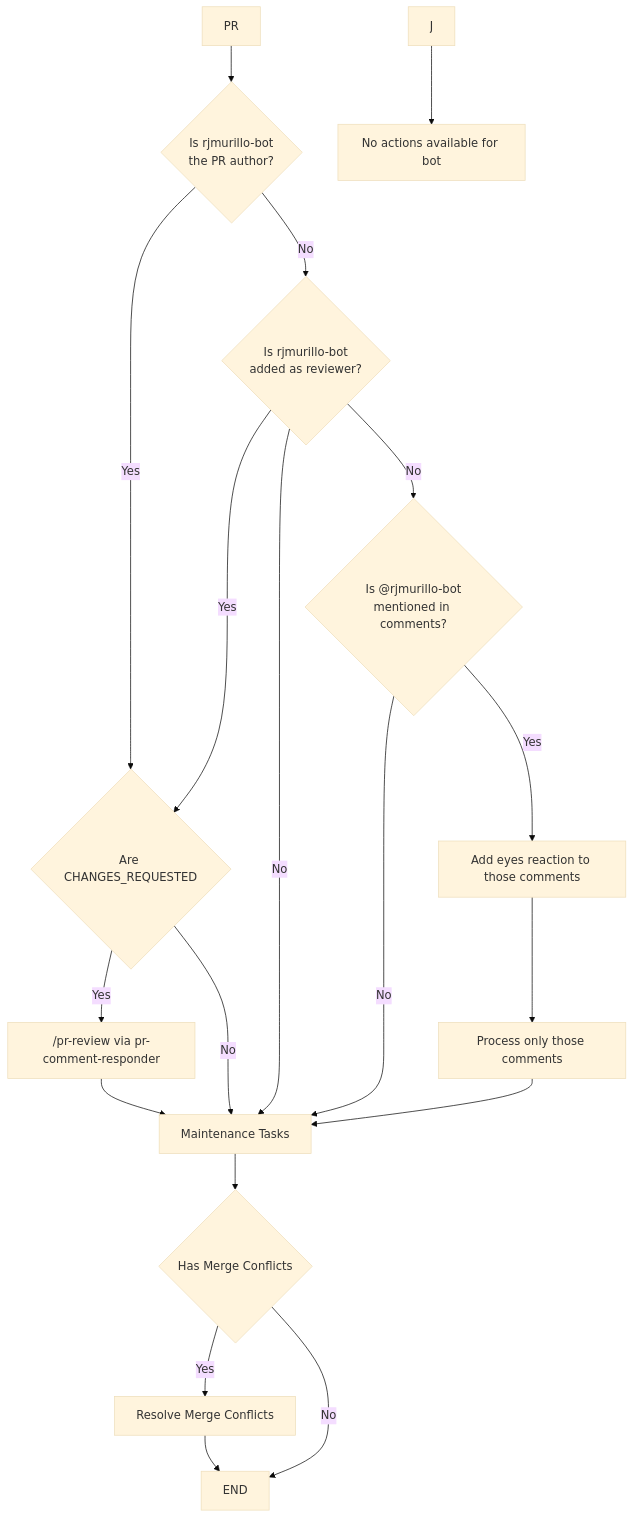
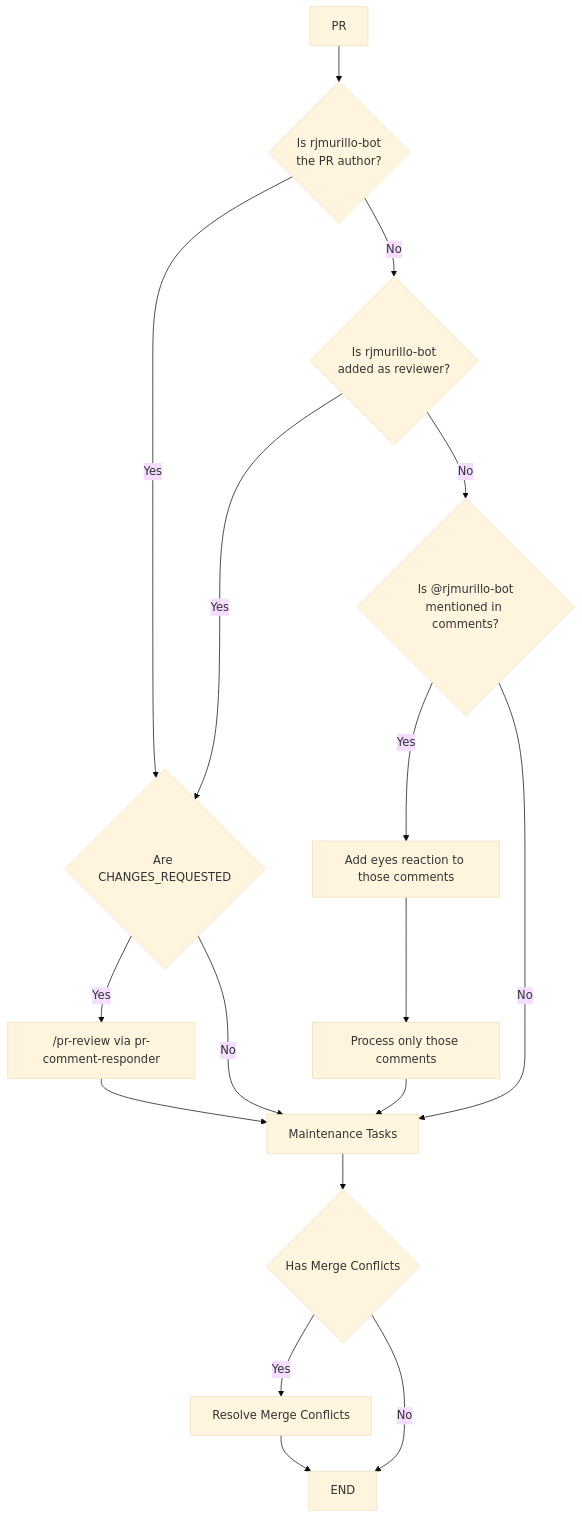
The first of 2 diagrams in .agents/architecture/bot-author-feedback-protocol.md (rjmurillo/ai-agents), drawn with Mermaid (base theme) before and after one commit.

Commit message:
fix: correct mermaid flowchart syntax errors
- Remove duplicate E-->|No| edges
- Remove orphaned J-->K nodes
- Fix consistent spacing in edge labels

🤖 Generated with [Claude Code](https://claude.com/claude-code)

````diff
--- a/.agents/architecture/bot-author-feedback-protocol.md
+++ b/.agents/architecture/bot-author-feedback-protocol.md
@@ -16,32 +16,29 @@
 ```mermaid
 flowchart TD
     A[PR] --> B{Is rjmurillo-bot<br/>the PR author?}
 
     B -->|Yes| C{Are CHANGES_REQUESTED}
-    C --> |Yes| D["/pr-review via pr-comment-responder"]
-    C --> |No| M
+    C -->|Yes| D["/pr-review via pr-comment-responder"]
+    C -->|No| M
 
     B -->|No| E{Is rjmurillo-bot<br/>added as reviewer?}
 
     E -->|Yes| C
-    E -->|No| M
 
     E -->|No| F{Is @rjmurillo-bot<br/>mentioned in comments?}
-    F -->|No| M
 
     F -->|Yes| G[Add eyes reaction to those comments]
     G --> H[Process only those comments]
-    H --> M    
-    
-    J --> K[No actions available for bot]
+    H --> M
+
+    F -->|No| M
 
     D --> M[Maintenance Tasks]
 
     M --> O{Has Merge Conflicts}
 
+    O -->|Yes| L[Resolve Merge Conflicts]
+    O -->|No| Z[END]
 
-    O -->|Yes| L[Resolve Merge Conflicts]
-    O -->|No| Z
-
-    L --> Z[END]
+    L --> Z
 ```
````
